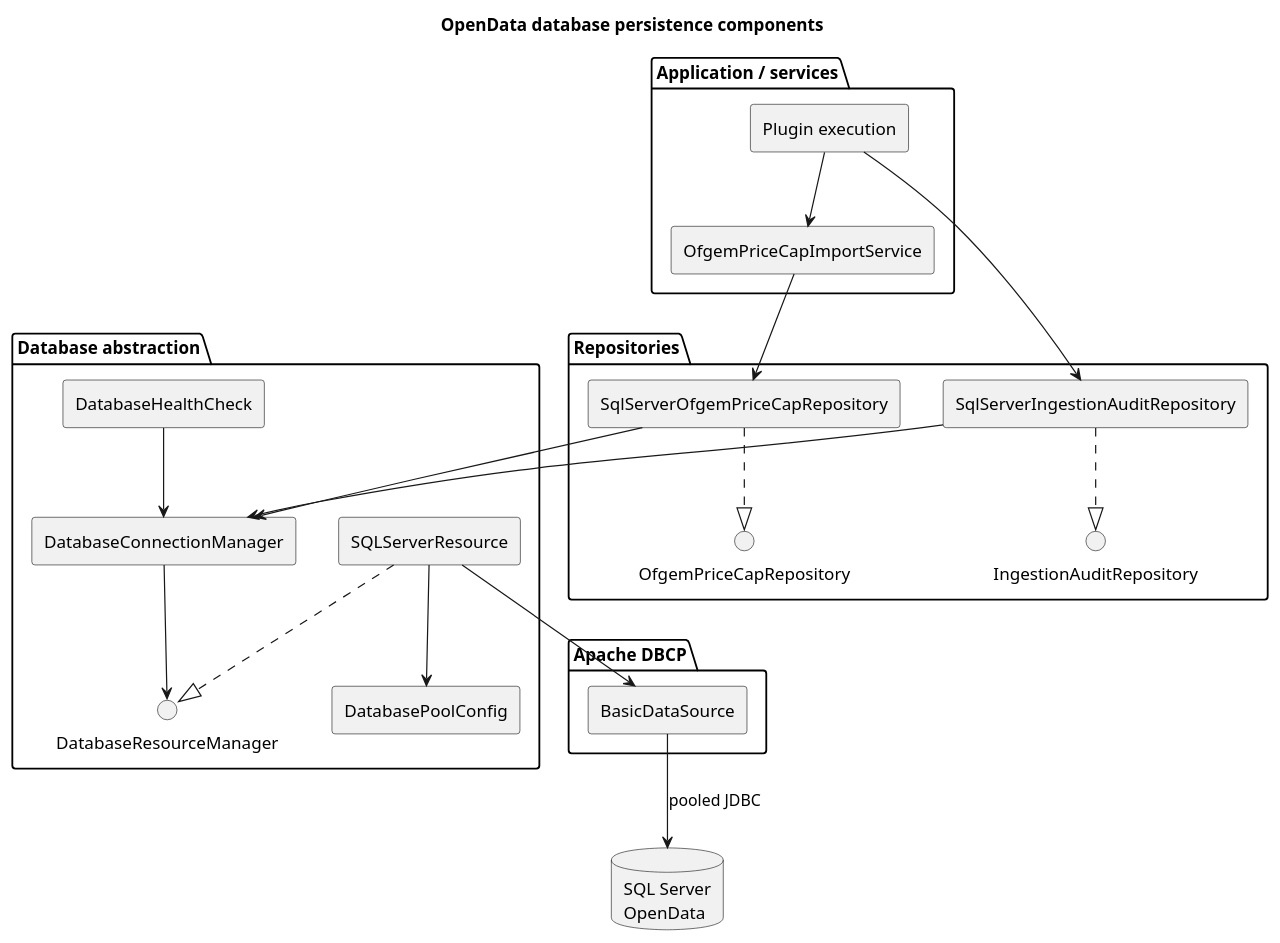
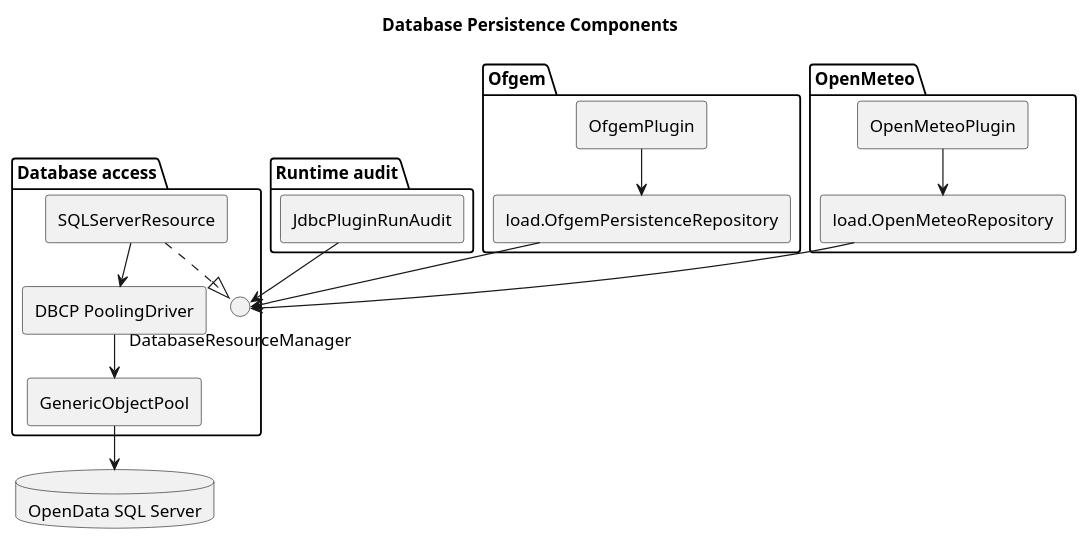
One commit to TerryCurranZellis/OpenData changed the diagram in docs/diagrams/source/database-persistence-components.puml. Above: the diagram before and after it, drawn with PlantUML. The commit also changed 292 other files, not shown here.

```diff
--- a/docs/diagrams/source/database-persistence-components.puml
+++ b/docs/diagrams/source/database-persistence-components.puml
@@ -1,44 +1,38 @@
 @startuml
+!pragma layout smetana
+title Database Persistence Components
 skinparam componentStyle rectangle
-title OpenData database persistence components
 
-package "Application / services" {
-  [Plugin execution] as plugin
-  [OfgemPriceCapImportService] as service
+package "Runtime audit" {
+  [JdbcPluginRunAudit] as PluginAudit
 }
 
-package "Database abstraction" {
-  interface DatabaseResourceManager
-  [DatabaseConnectionManager] as manager
-  [SQLServerResource] as resource
-  [DatabasePoolConfig] as poolConfig
-  [DatabaseHealthCheck] as health
+package "Ofgem" {
+  [OfgemPlugin] as OfgemPlugin
+  [load.OfgemPersistenceRepository] as OfgemRepository
 }
 
-package "Repositories" {
-  interface IngestionAuditRepository
-  [SqlServerIngestionAuditRepository] as auditRepo
-  interface OfgemPriceCapRepository
-  [SqlServerOfgemPriceCapRepository] as ofgemRepo
+package "OpenMeteo" {
+  [OpenMeteoPlugin] as MeteoPlugin
+  [load.OpenMeteoRepository] as MeteoRepository
 }
 
-package "Apache DBCP" {
-  [BasicDataSource] as dataSource
+package "Database access" {
+  interface DatabaseResourceManager
+  [SQLServerResource] as Resource
+  [DBCP PoolingDriver] as Driver
+  [GenericObjectPool] as Pool
 }
 
-database "SQL Server\nOpenData" as sql
+database "OpenData SQL Server" as Database
 
-plugin --> service
-plugin --> auditRepo
-service --> ofgemRepo
-auditRepo ..|> IngestionAuditRepository
-ofgemRepo ..|> OfgemPriceCapRepository
-auditRepo --> manager
-ofgemRepo --> manager
-health --> manager
-manager --> DatabaseResourceManager
-resource ..|> DatabaseResourceManager
-resource --> poolConfig
-resource --> dataSource
-dataSource --> sql : pooled JDBC
+OfgemPlugin --> OfgemRepository
+MeteoPlugin --> MeteoRepository
+PluginAudit --> DatabaseResourceManager
+OfgemRepository --> DatabaseResourceManager
+MeteoRepository --> DatabaseResourceManager
+Resource ..|> DatabaseResourceManager
+Resource --> Driver
+Driver --> Pool
+Pool --> Database
 @enduml
```
